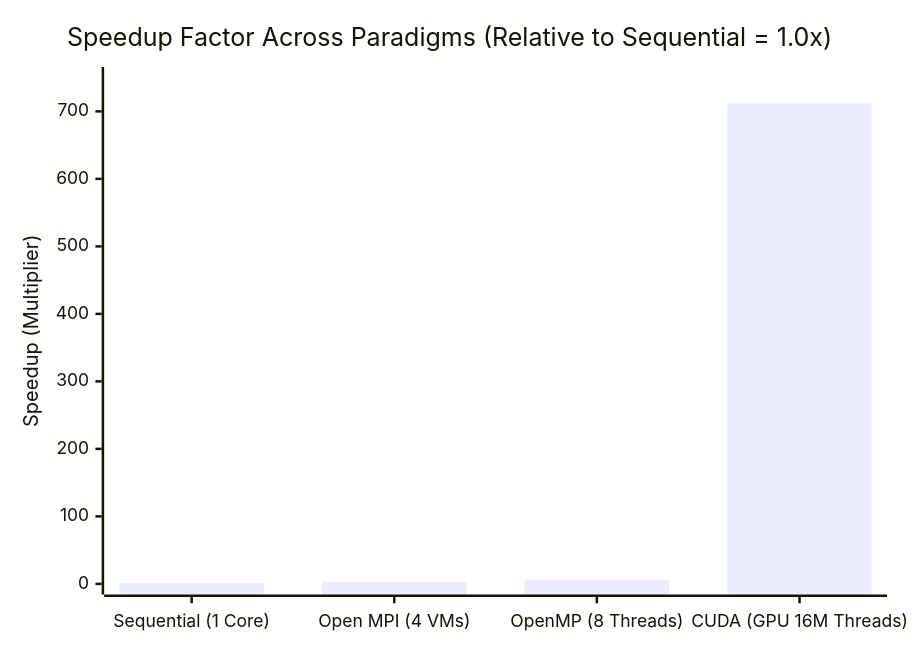
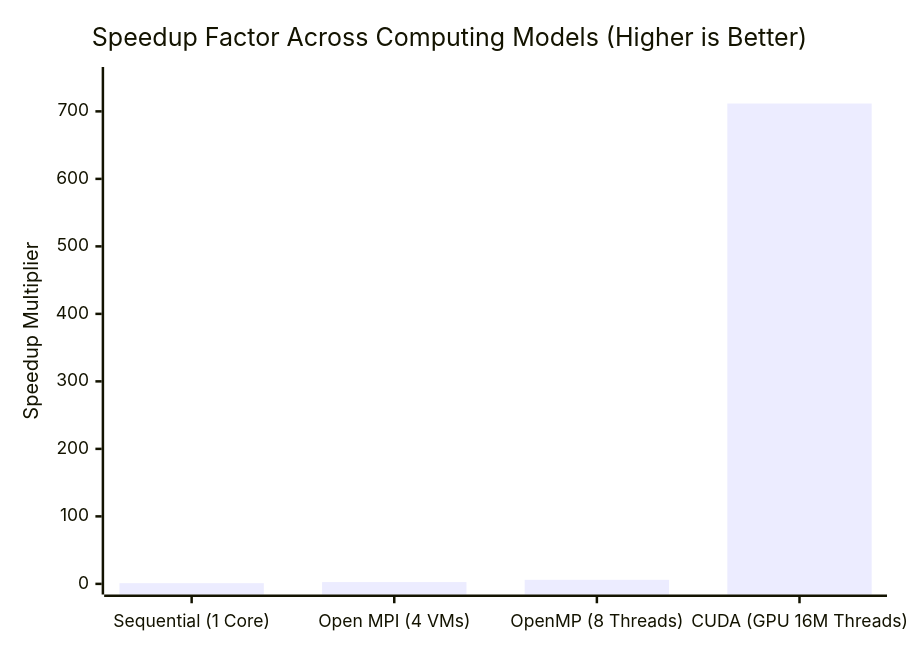
One commit to vageeshmathad/Parallel-and-GPU-Computing changed the first of 3 diagrams in README.md. Above: the diagram before and after it, drawn with Mermaid. The commit also changed other lines of this file and 20 other files, not shown here.

````diff
--- a/README.md
+++ b/README.md
@@ -97,7 +312,7 @@
 ```mermaid
 xychart-beta
-    title "Speedup Factor Across Paradigms (Relative to Sequential = 1.0x)"
+    title "Speedup Factor Across Computing Models (Higher is Better)"
     x-axis ["Sequential (1 Core)", "Open MPI (4 VMs)", "OpenMP (8 Threads)", "CUDA (GPU 16M Threads)"]
-    y-axis "Speedup (Multiplier)" 0 --> 750
+    y-axis "Speedup Multiplier" 0 --> 750
     bar [1.0, 2.63, 6.02, 711.66]
 ```
````
